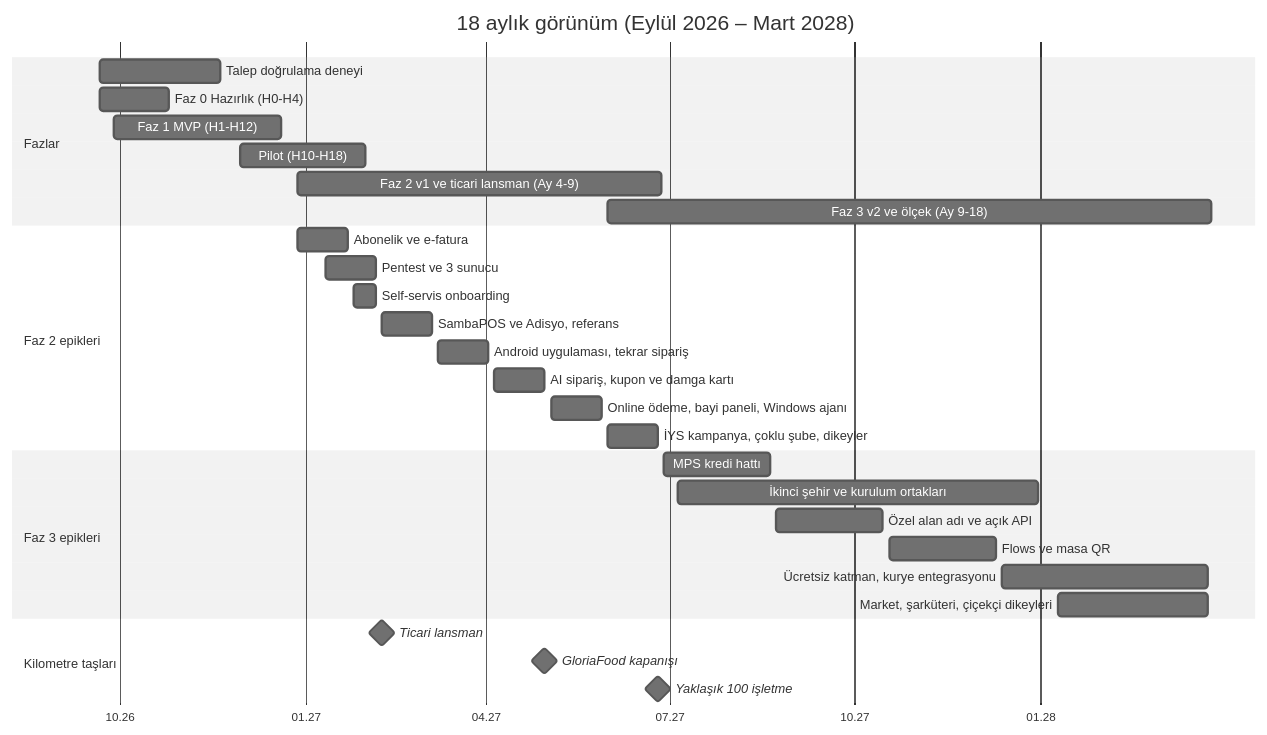
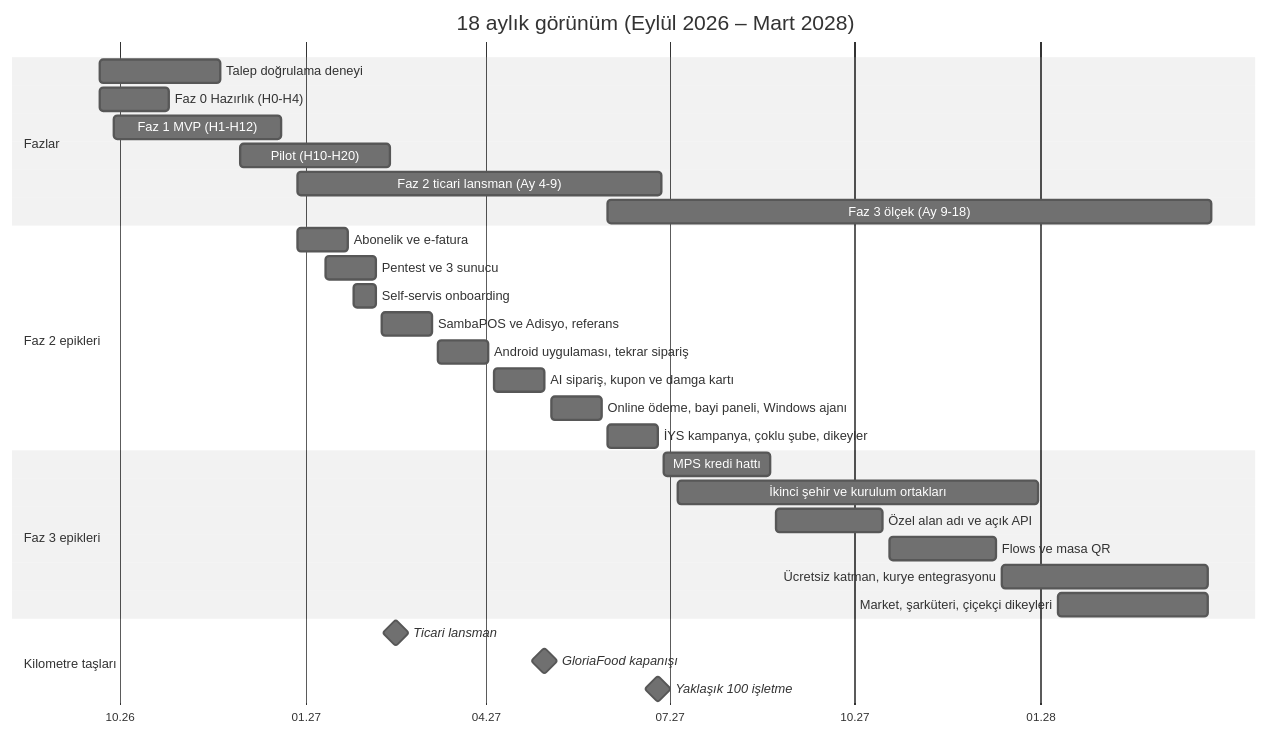
One commit to eraycaylak/siparisinonunde changed the second of 3 diagrams in docs/09-yol-haritasi-ve-sprint-plani.md. Above: the diagram before and after it, drawn with Mermaid (neutral theme). The commit also changed other lines of this file and 3 other files, not shown here.

````diff
--- a/docs/09-yol-haritasi-ve-sprint-plani.md
+++ b/docs/09-yol-haritasi-ve-sprint-plani.md
@@ -130,33 +133,33 @@
 ```mermaid
 gantt
     title 18 aylık görünüm (Eylül 2026 – Mart 2028)
     dateFormat YYYY-MM-DD
     axisFormat %m.%y
     section Fazlar
     Talep doğrulama deneyi                        :a1, 2026-09-21, 2026-11-20
     Faz 0 Hazırlık (H0-H4)                        :a2, 2026-09-21, 2026-10-25
     Faz 1 MVP (H1-H12)                            :a3, 2026-09-28, 2026-12-20
-    Pilot (H10-H18)                               :a4, 2026-11-30, 2027-01-31
-    Faz 2 v1 ve ticari lansman (Ay 4-9)           :a5, 2026-12-28, 2027-06-27
-    Faz 3 v2 ve ölçek (Ay 9-18)                   :a6, 2027-05-31, 2028-03-26
+    Pilot (H10-H20)                               :a4, 2026-11-30, 2027-02-12
+    Faz 2 ticari lansman (Ay 4-9)                 :a5, 2026-12-28, 2027-06-27
+    Faz 3 ölçek (Ay 9-18)                         :a6, 2027-05-31, 2028-03-26
     section Faz 2 epikleri
     Abonelik ve e-fatura                          :b1, 2026-12-28, 2027-01-22
     Pentest ve 3 sunucu                           :b2, 2027-01-11, 2027-02-05
     Self-servis onboarding                        :b3, 2027-01-25, 2027-02-05
     SambaPOS ve Adisyo, referans                  :b4, 2027-02-08, 2027-03-05
     Android uygulaması, tekrar sipariş            :b5, 2027-03-08, 2027-04-02
     AI sipariş, kupon ve damga kartı              :b6, 2027-04-05, 2027-04-30
     Online ödeme, bayi paneli, Windows ajanı      :b7, 2027-05-03, 2027-05-28
     İYS kampanya, çoklu şube, dikeyler            :b8, 2027-05-31, 2027-06-25
     section Faz 3 epikleri
     MPS kredi hattı                               :c1, 2027-06-28, 2027-08-20
     İkinci şehir ve kurulum ortakları             :c2, 2027-07-05, 2027-12-31
     Özel alan adı ve açık API                     :c3, 2027-08-23, 2027-10-15
     Flows ve masa QR                              :c4, 2027-10-18, 2027-12-10
     Ücretsiz katman, kurye entegrasyonu           :c5, 2027-12-13, 2028-03-24
     Market, şarküteri, çiçekçi dikeyleri          :c6, 2028-01-10, 2028-03-24
     section Kilometre taşları
-    Ticari lansman                                :milestone, n1, 2027-02-08, 0d
+    Ticari lansman                                :milestone, n1, 2027-02-15, 0d
     GloriaFood kapanışı                           :milestone, n2, 2027-04-30, 0d
     Yaklaşık 100 işletme                          :milestone, n3, 2027-06-25, 0d
 ```
````
